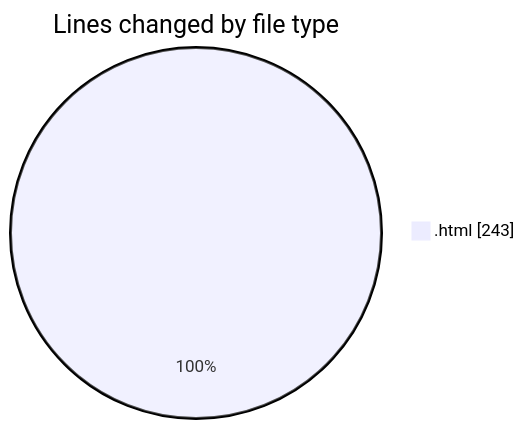
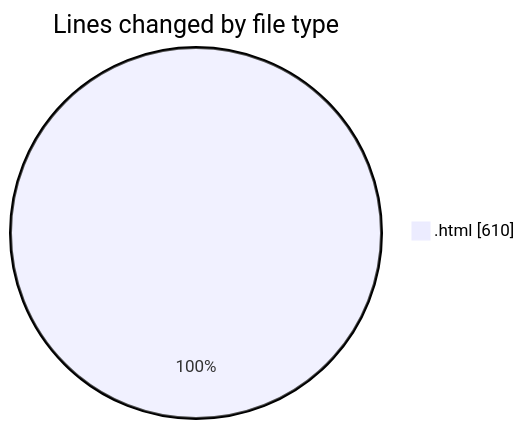
The first of 2 diagrams in 2025-09-14/new_folder/README.md (IJAZ3593/code-tracking), drawn with Mermaid before and after one commit. The commit also changed other lines of this file and 2 other files, not shown here.

````diff
--- a/2025-09-14/new_folder/README.md
+++ b/2025-09-14/new_folder/README.md
@@ -20,5 +22,5 @@
 ```mermaid
 pie showData
 title Lines changed by file type
-".html" : 243
+".html" : 610
 ```
````
